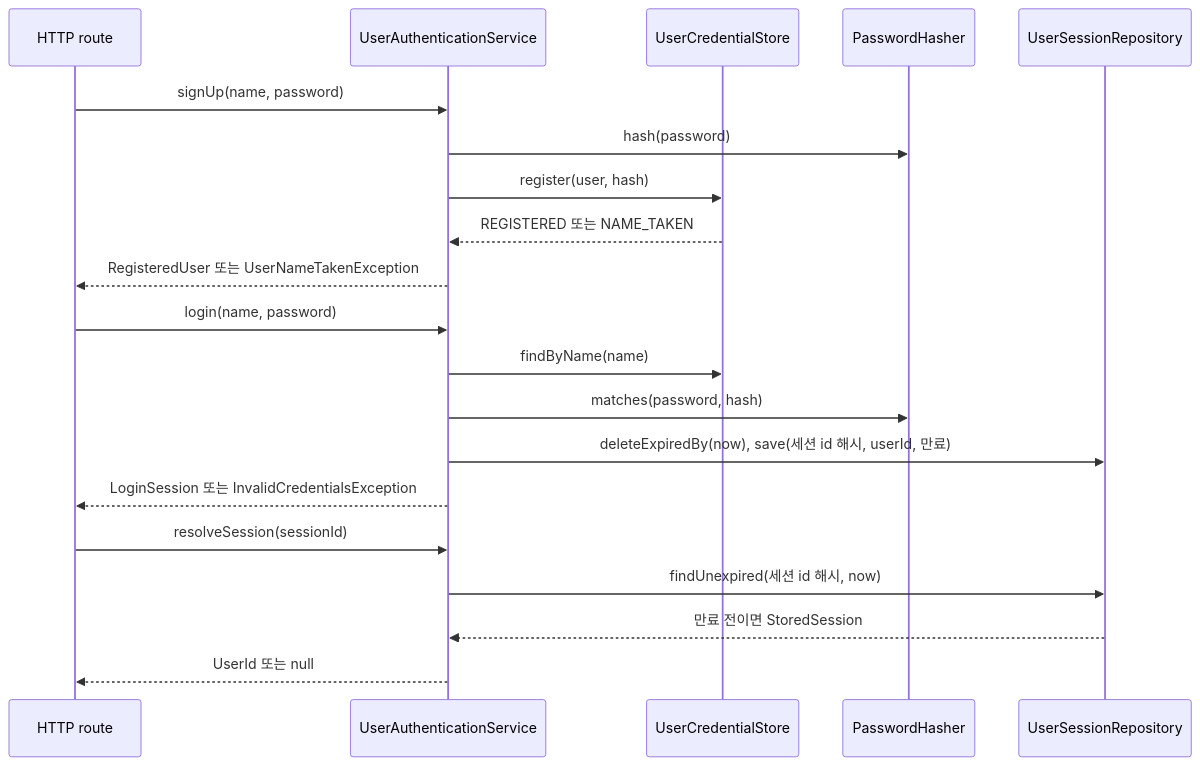
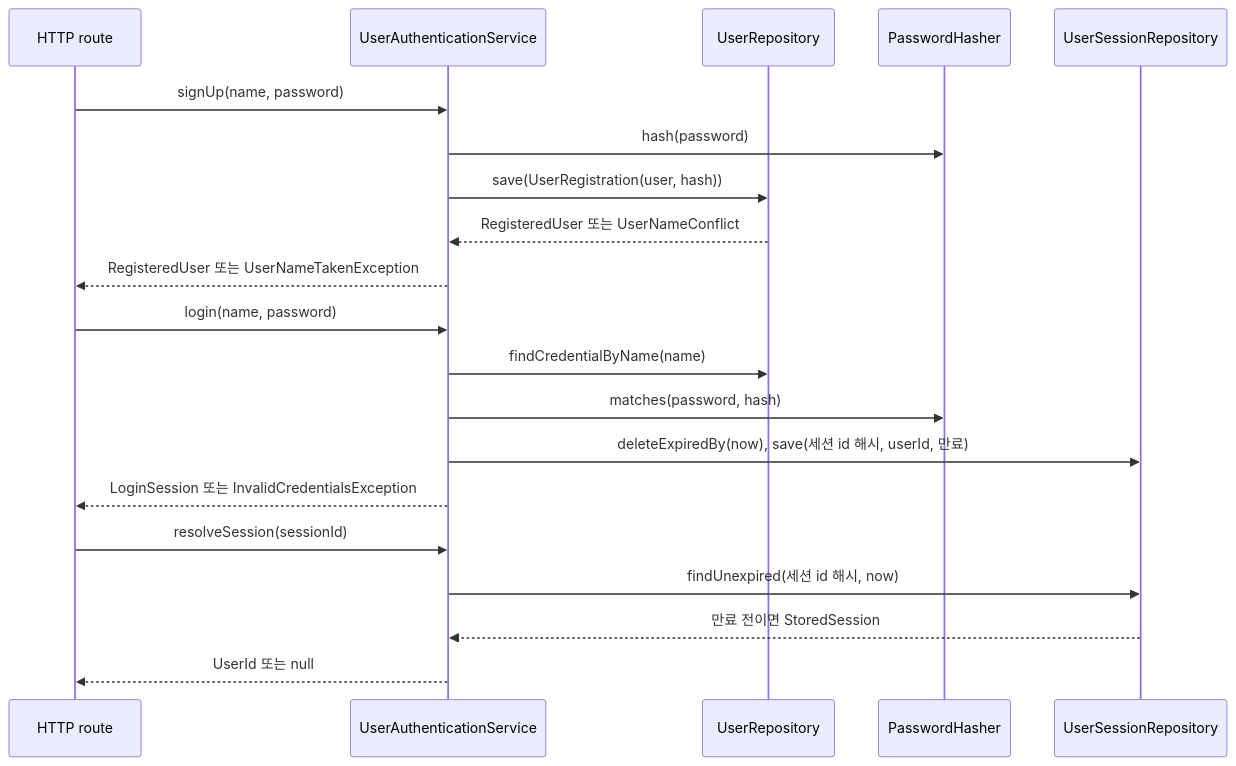
One commit to magenta1223/home_assistant changed the second of 2 diagrams in application/src/main/kotlin/com/homeassistant/application/usecase/identity/README.md. Above: the diagram before and after it, drawn with Mermaid. The commit also changed other lines of this file and 18 other files, not shown here.

Commit message:
refactor: Merge UserStore and UserCredentialStore into UserRepository

````diff
--- a/application/src/main/kotlin/com/homeassistant/application/usecase/identity/README.md
+++ b/application/src/main/kotlin/com/homeassistant/application/usecase/identity/README.md
@@ -30,25 +30,25 @@
 ```mermaid
 sequenceDiagram
     participant Http as HTTP route
     participant Auth as UserAuthenticationService
-    participant Credentials as UserCredentialStore
+    participant Users as UserRepository
     participant Hasher as PasswordHasher
     participant Sessions as UserSessionRepository
 
     Http->>Auth: signUp(name, password)
     Auth->>Hasher: hash(password)
-    Auth->>Credentials: register(user, hash)
-    Credentials-->>Auth: REGISTERED 또는 NAME_TAKEN
+    Auth->>Users: save(UserRegistration(user, hash))
+    Users-->>Auth: RegisteredUser 또는 UserNameConflict
     Auth-->>Http: RegisteredUser 또는 UserNameTakenException
 
     Http->>Auth: login(name, password)
-    Auth->>Credentials: findByName(name)
+    Auth->>Users: findCredentialByName(name)
     Auth->>Hasher: matches(password, hash)
     Auth->>Sessions: deleteExpiredBy(now), save(세션 id 해시, userId, 만료)
     Auth-->>Http: LoginSession 또는 InvalidCredentialsException
 
     Http->>Auth: resolveSession(sessionId)
     Auth->>Sessions: findUnexpired(세션 id 해시, now)
     Sessions-->>Auth: 만료 전이면 StoredSession
     Auth-->>Http: UserId 또는 null
 ```
````
